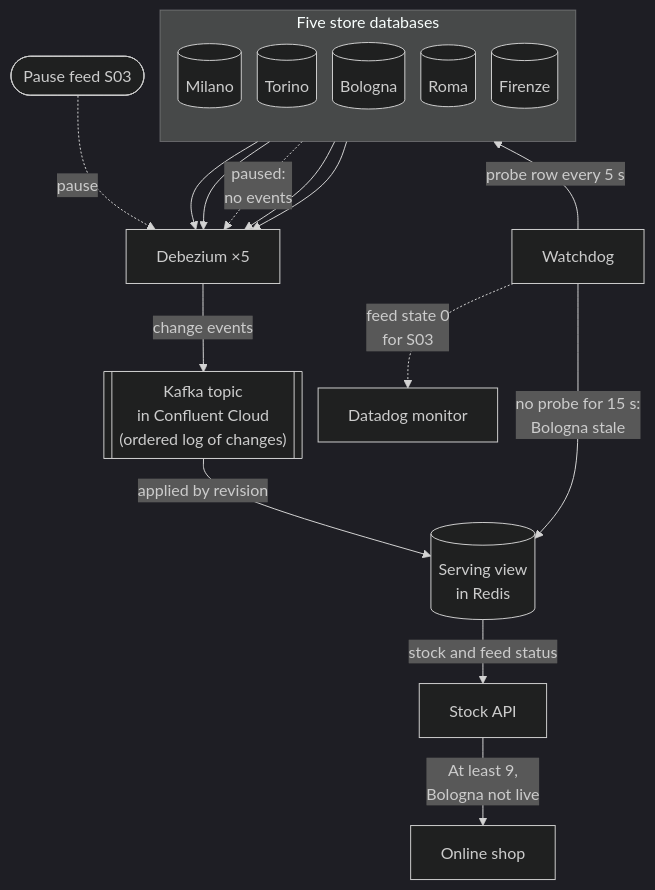
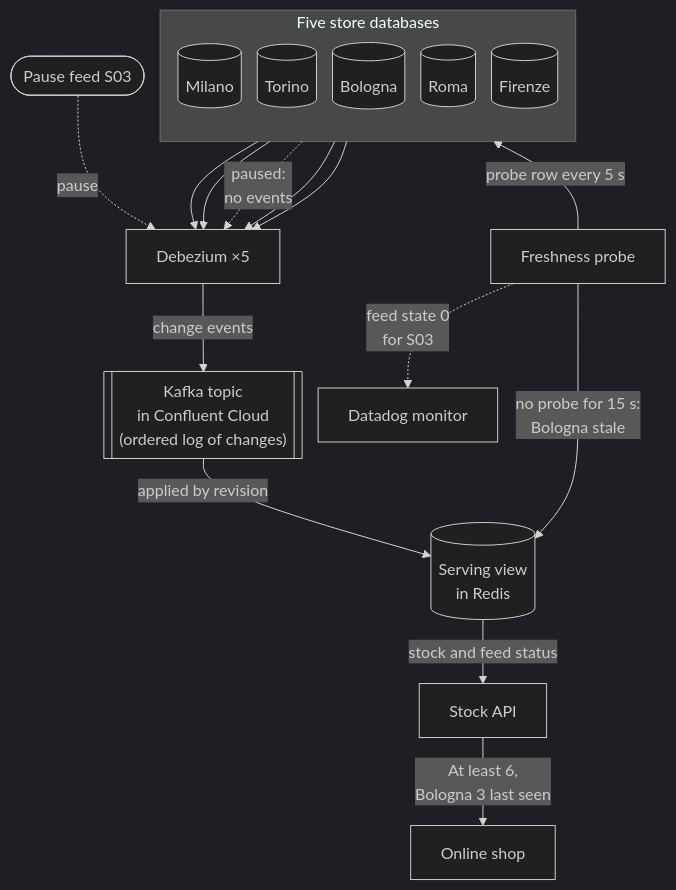
One commit to gianlucanatali/observable-inventory-streaming changed the third of 4 diagrams in workshop/README.md. Above: the diagram before and after it, drawn with Mermaid (dark theme). The commit also changed other lines of this file and 167 other files, not shown here.

Commit message:
Chapter pages on the site, local mode, per-stack image repositories, freshness probe, control panel thumbnails and guide fixes

````diff
--- a/workshop/README.md
+++ b/workshop/README.md
@@ -826,26 +1174,26 @@
 ```mermaid
 %%{init: {"flowchart": {"nodeSpacing": 16, "rankSpacing": 40}}}%%
 flowchart TB
   subgraph STORES["Five store databases"]
     direction TB
     s1[("Milano")]
     s2[("Torino")]
     s3[("Bologna")]
     s4[("Roma")]
     s5[("Firenze")]
   end
   s1 --> dbz["Debezium ×5"]
   s2 --> dbz
   s3 -.->|"paused:<br/>no events"| dbz
   s4 --> dbz
   s5 --> dbz
   you(["Pause feed S03"]) -.->|"pause"| dbz
-  STORES ~~~ wd["Watchdog"]
-  wd -->|"probe row every 5 s"| STORES
+  STORES ~~~ fp["Freshness probe"]
+  fp -->|"probe row every 5 s"| STORES
   dbz -->|"change events"| k[["Kafka topic<br/>in Confluent Cloud<br/>(ordered log of changes)"]]
   k -->|"applied by revision"| view[("Serving view<br/>in Redis")]
-  wd -->|"no probe for 15 s:<br/>Bologna stale"| view
-  wd -.->|"feed state 0<br/>for S03"| dd["Datadog monitor"]
+  fp -->|"no probe for 15 s:<br/>Bologna stale"| view
+  fp -.->|"feed state 0<br/>for S03"| dd["Datadog monitor"]
   view -->|"stock and feed status"| api["Stock API"]
-  api -->|"At least 9,<br/>Bologna not live"| web["Online shop"]
+  api -->|"At least 6,<br/>Bologna 3 last seen"| web["Online shop"]
 ```
````
